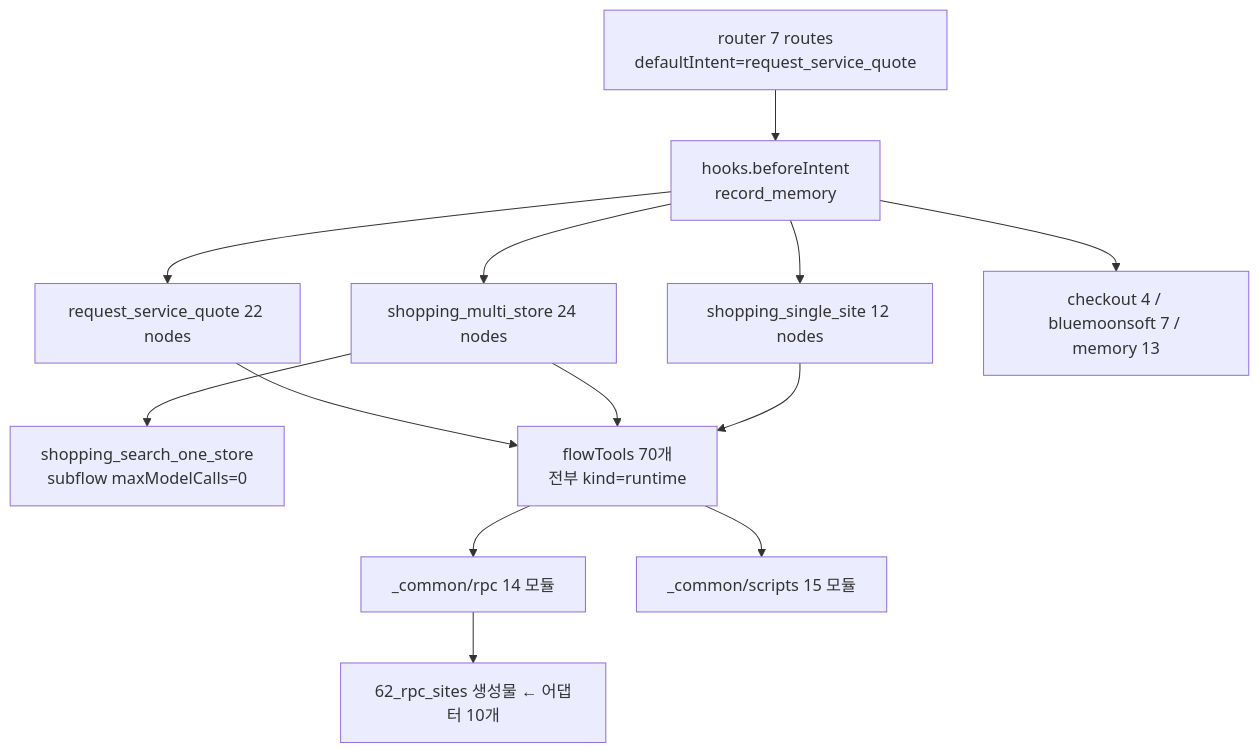
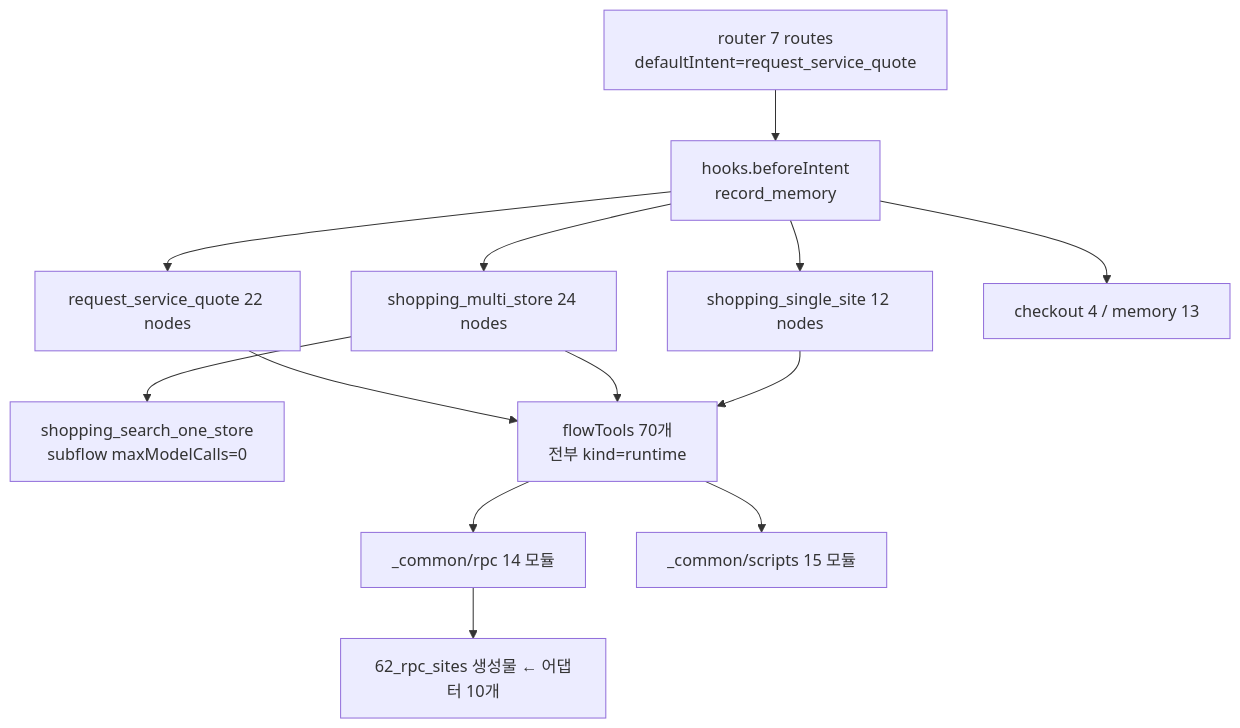
The diagram in CODE_REVIEW.md (layorixinc/axsdk-sites), drawn with Mermaid before and after one commit. The commit also changed 43 other files, not shown here.

````diff
--- a/CODE_REVIEW.md
+++ b/CODE_REVIEW.md
@@ -350,15 +350,15 @@
 ```mermaid
 graph TD
   R[router 7 routes<br/>defaultIntent=request_service_quote] --> H[hooks.beforeIntent<br/>record_memory]
   H --> F1[request_service_quote 22 nodes]
   H --> F2[shopping_multi_store 24 nodes]
   H --> F3[shopping_single_site 12 nodes]
-  H --> F4[checkout 4 / bluemoonsoft 7 / memory 13]
+  H --> F4[checkout 4 / memory 13]
   F2 --> SUB[shopping_search_one_store<br/>subflow maxModelCalls=0]
   F1 --> T[flowTools 70개<br/>전부 kind=runtime]
   F2 --> T
   F3 --> T
   T --> RPC[_common/rpc 14 모듈]
   T --> PURE[_common/scripts 15 모듈]
   RPC --> CFG[62_rpc_sites 생성물 ← 어댑터 10개]
 ```
````
